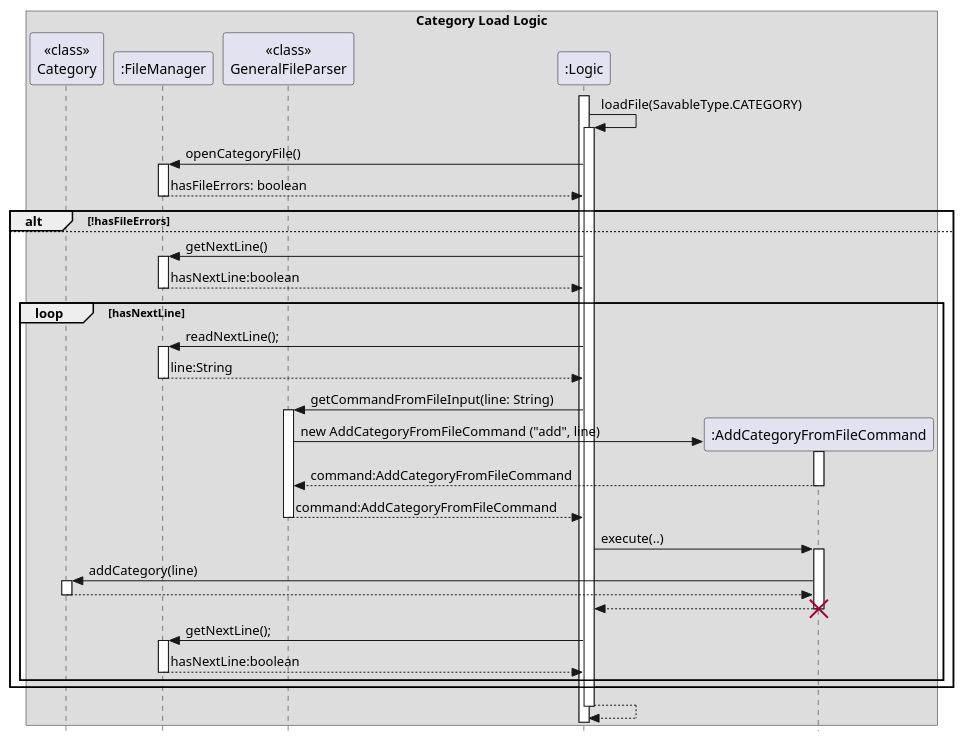
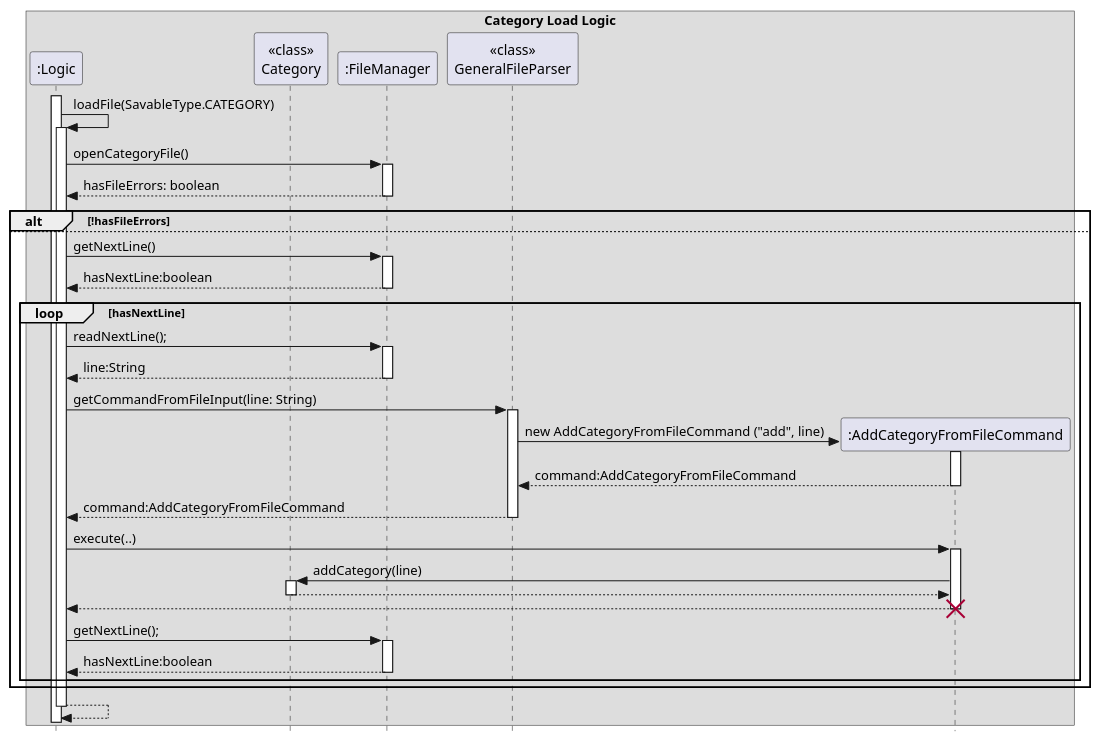
Before and after one commit to JianJiaT/tp: the diagram in docs/team/UML_Files/category_load_sequence.puml, drawn with PlantUML. The commit also changed 1 other file, not shown here.

Commit message:
Modify category load uml Shifted logic to the left

```diff
--- a/docs/team/UML_Files/category_load_sequence.puml
+++ b/docs/team/UML_Files/category_load_sequence.puml
@@ -1,58 +1,60 @@
 @startuml
 skinparam Style strictuml
 box Category Load Logic
-
+participant ":Logic" as logic
 participant "<<class>>\nCategory" as category
 participant ":FileManager" as fileManager
 participant "<<class>>\nGeneralFileParser" as generalFileParser
-participant ":Logic" as logic
 participant ":AddCategoryFromFileCommand" as AddCategoryFromFileCommand
 
 activate logic
+
 logic -> logic: loadFile(SavableType.CATEGORY)
 activate logic
+
 logic -> fileManager: openCategoryFile()
 activate fileManager
 fileManager -[dashed]-> logic: hasFileErrors: boolean
 deactivate fileManager
     alt !hasFileErrors
     else
         logic -> fileManager : getNextLine()
         activate fileManager
         fileManager -[dashed]-> logic : hasNextLine:boolean
         deactivate fileManager
         loop hasNextLine
             logic -> fileManager : readNextLine();
             activate fileManager
             fileManager -[dashed]-> logic : line:String
             deactivate fileManager
             logic -> generalFileParser : getCommandFromFileInput(line: String)
             activate generalFileParser
             create AddCategoryFromFileCommand
             generalFileParser -> AddCategoryFromFileCommand: new AddCategoryFromFileCommand ("add", line)
             activate AddCategoryFromFileCommand
             AddCategoryFromFileCommand --> generalFileParser: command:AddCategoryFromFileCommand
             deactivate AddCategoryFromFileCommand
             generalFileParser --> logic : command:AddCategoryFromFileCommand
             deactivate generalFileParser
             logic -> AddCategoryFromFileCommand : execute(..)
             activate AddCategoryFromFileCommand
             AddCategoryFromFileCommand -> category : addCategory(line)
             activate category
             category -[dashed]-> AddCategoryFromFileCommand
             deactivate
             AddCategoryFromFileCommand -[dashed]-> logic
             deactivate AddCategoryFromFileCommand
             destroy AddCategoryFromFileCommand
             logic -> fileManager : getNextLine();
             activate fileManager
             fileManager -[dashed]-> logic : hasNextLine:boolean
             deactivate fileManager
 
         end
     end
-
     logic -[dashed]-> logic
     deactivate logic
+
+
 end box
 @enduml
```
